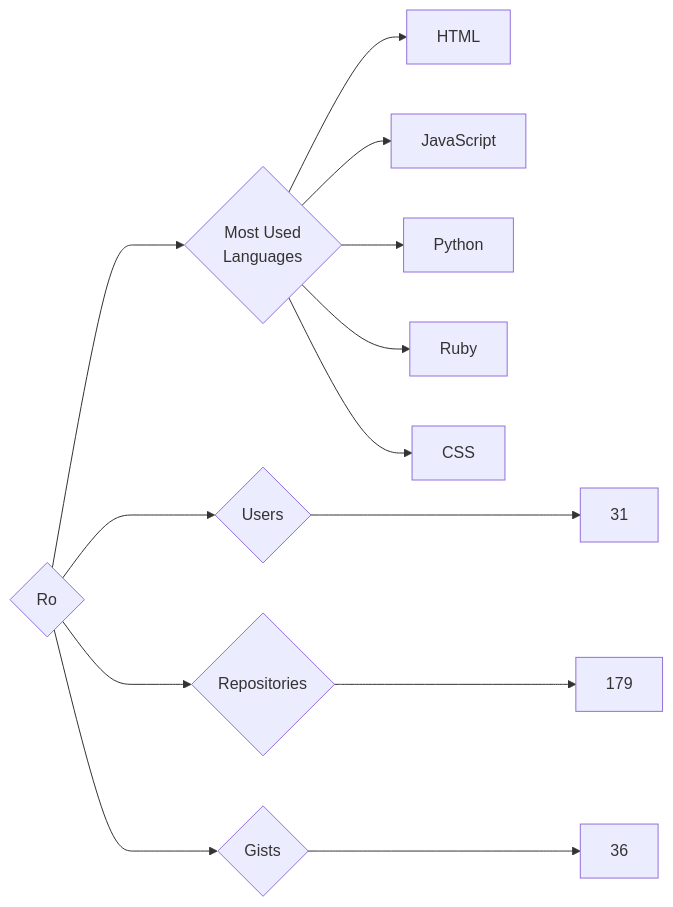
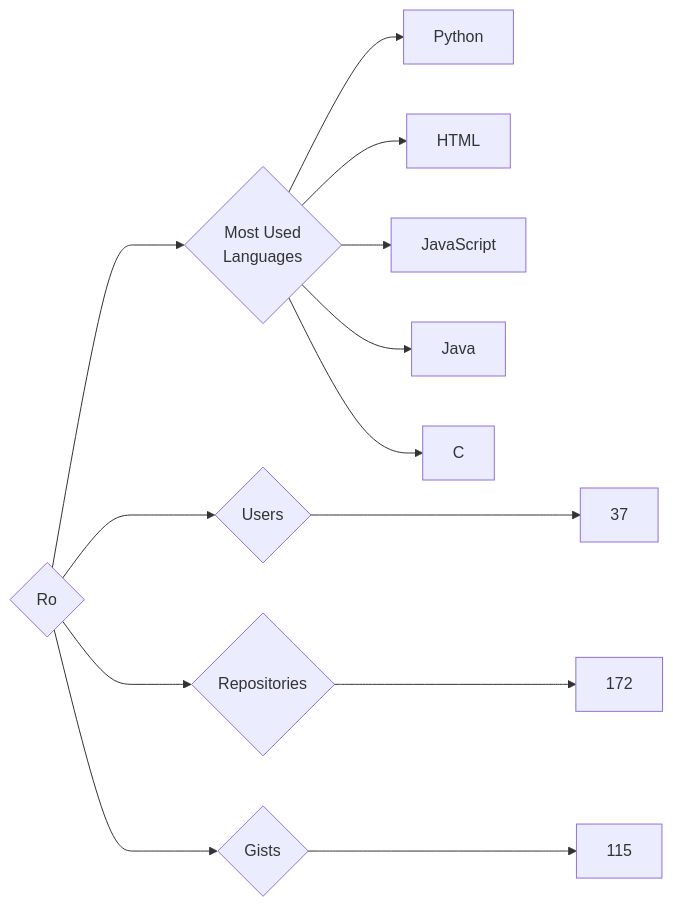
One commit to trickest/insiders changed the diagram in targets/Ro/README.md. Above: the diagram before and after it, drawn with Mermaid. The commit also changed 895 other files, not shown here.

````diff
--- a/targets/Ro/README.md
+++ b/targets/Ro/README.md
@@ -3,13 +3,13 @@
 ```mermaid
 graph LR
 COMPANY_NAME{Ro}
-COMPANY_NAME ---> U{Users} ---> UN[31]
-COMPANY_NAME ---> R{Repositories} ---> RN[179]
-COMPANY_NAME ---> G{Gists} ---> GN[36]
+COMPANY_NAME ---> U{Users} ---> UN[37]
+COMPANY_NAME ---> R{Repositories} ---> RN[172]
+COMPANY_NAME ---> G{Gists} ---> GN[115]
 COMPANY_NAME ---> ML{Most Used<br>Languages}
+ML --> Python[Python]
 ML --> HTML[HTML]
 ML --> JavaScript[JavaScript]
-ML --> Python[Python]
-ML --> Ruby[Ruby]
-ML --> CSS[CSS]
+ML --> Java[Java]
+ML --> C[C]
 ```
````
